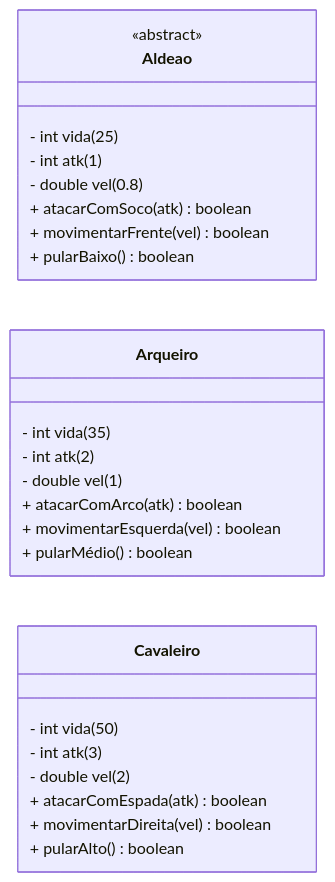
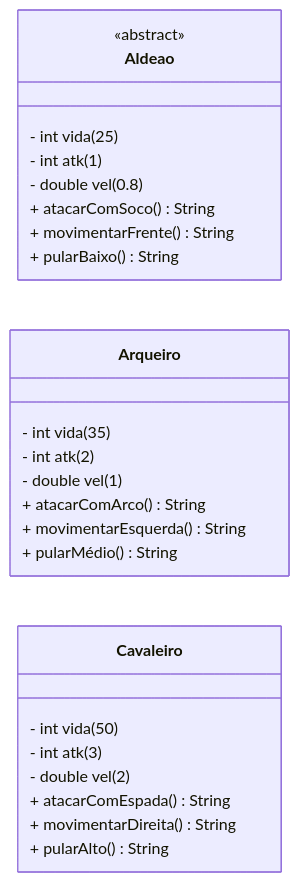
The diagram in aula-18/src/main/java/ads/poo/README.md (giovannaregina/POO), drawn with Mermaid before and after one commit. The commit also changed 6 other files, not shown here.

`````diff
--- a/aula-18/src/main/java/ads/poo/README.md
+++ b/aula-18/src/main/java/ads/poo/README.md
@@ -1,38 +1,38 @@
 ````mermaid
 classDiagram
     direction LR
     
     
     
     class Aldeao{
     <<abstract>>
         - int vida (25)
         - int atk (1)
         - double vel (0.8)
-        + atacarComSoco(atk) boolean
-        + movimentarFrente(vel) boolean
-        + pularBaixo() boolean
+        + atacarComSoco() String
+        + movimentarFrente() String
+        + pularBaixo() String
     }
     
     class Arqueiro {
         - int vida (35)
         - int atk (2)
         - double vel (1)
-        + atacarComArco(atk) boolean
-        + movimentarEsquerda(vel) boolean
-        + pularMédio() boolean
+        + atacarComArco() String
+        + movimentarEsquerda() String
+        + pularMédio() String
     }
     
     class Cavaleiro {
         - int vida (50)
         - int atk (3)
         - double vel (2)
-        + atacarComEspada(atk) boolean
-        + movimentarDireita(vel) boolean
-        + pularAlto() boolean
+        + atacarComEspada() String
+        + movimentarDireita() String
+        + pularAlto() String
     }
     
     
 
 
 ````
`````
